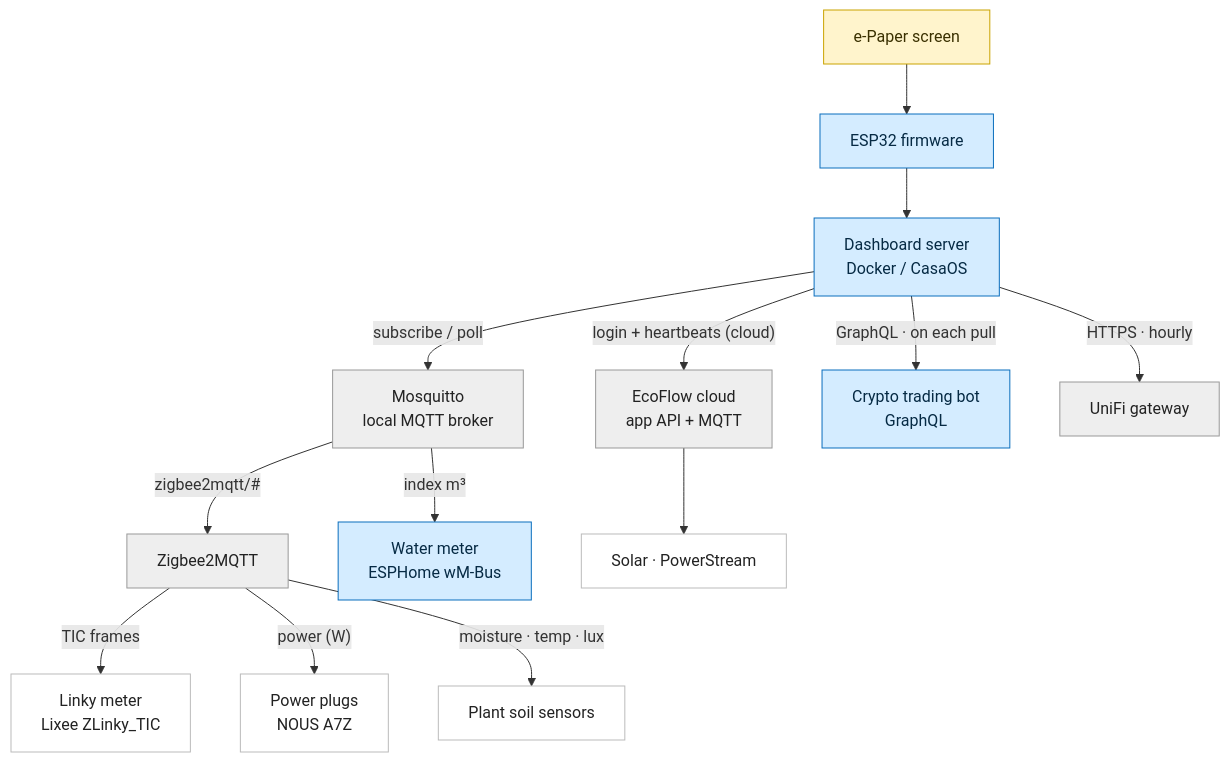
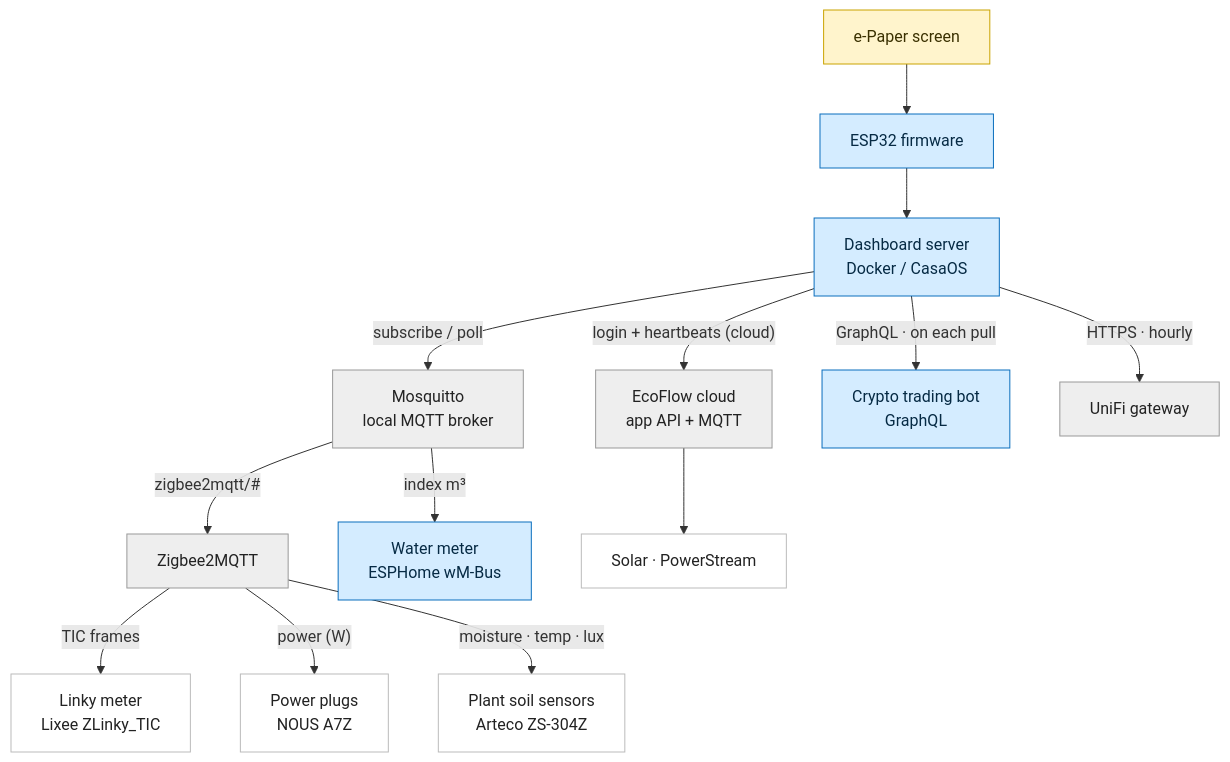
Before and after one commit to moifort/home-dashboard: the diagram in README.md, drawn with Mermaid. The commit also changed other lines of this file, not shown here.

Commit message:
docs: name the plant sensor model (Arteco ZS-304Z)
Diagram node and Hardware table now identify the soil sensor as the Zigbee
Arteco ZS-304Z.

````diff
--- a/README.md
+++ b/README.md
@@ -19,38 +19,38 @@
 ```mermaid
 flowchart TD
     SCREEN["e-Paper screen"]:::hw
     ESP["ESP32 firmware"]:::mine
     SERVER["Dashboard server<br/>Docker / CasaOS"]:::mine
 
     SCREEN --> ESP
     ESP --> SERVER
 
     MOSQ["Mosquitto<br/>local MQTT broker"]:::ext
     Z2M["Zigbee2MQTT"]:::ext
     LINKY["Linky meter<br/>Lixee ZLinky_TIC"]:::dev
     PLUGS["Power plugs<br/>NOUS A7Z"]:::dev
-    PLANTS["Plant soil sensors"]:::dev
+    PLANTS["Plant soil sensors<br/>Arteco ZS-304Z"]:::dev
     WATER["Water meter<br/>ESPHome wM-Bus"]:::mine
 
     SERVER -->|"subscribe / poll"| MOSQ
     MOSQ -->|"zigbee2mqtt/#"| Z2M
     MOSQ -->|"index m³"| WATER
     Z2M -->|"TIC frames"| LINKY
     Z2M -->|"power (W)"| PLUGS
     Z2M -->|"moisture · temp · lux"| PLANTS
 
     ECO["EcoFlow cloud<br/>app API + MQTT"]:::ext
     PV["Solar · PowerStream"]:::dev
     SERVER -->|"login + heartbeats (cloud)"| ECO
     ECO --> PV
 
     CRYPTO["Crypto trading bot<br/>GraphQL"]:::mine
     UNIFI["UniFi gateway"]:::ext
     SERVER -->|"GraphQL · on each pull"| CRYPTO
     SERVER -->|"HTTPS · hourly"| UNIFI
 
     classDef mine fill:#d4ecff,stroke:#0a6ebd,color:#062a44;
     classDef ext  fill:#eeeeee,stroke:#999999,color:#222222;
     classDef dev  fill:#ffffff,stroke:#bbbbbb,color:#222222;
     classDef hw   fill:#fff4cc,stroke:#caa300,color:#3a3000;
 ```
````
